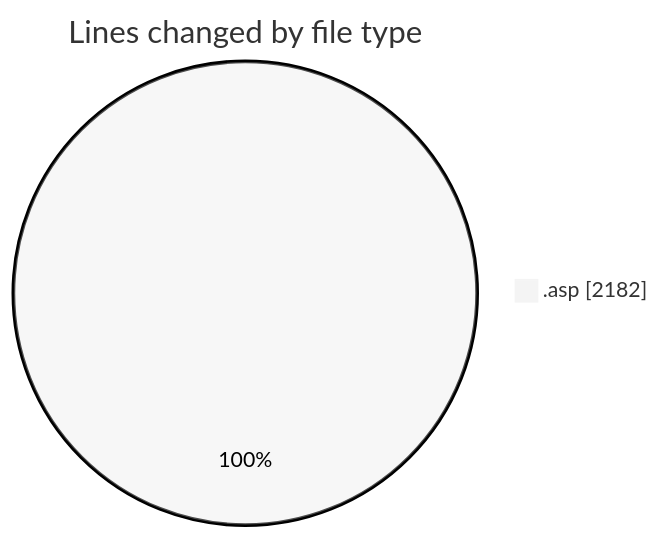
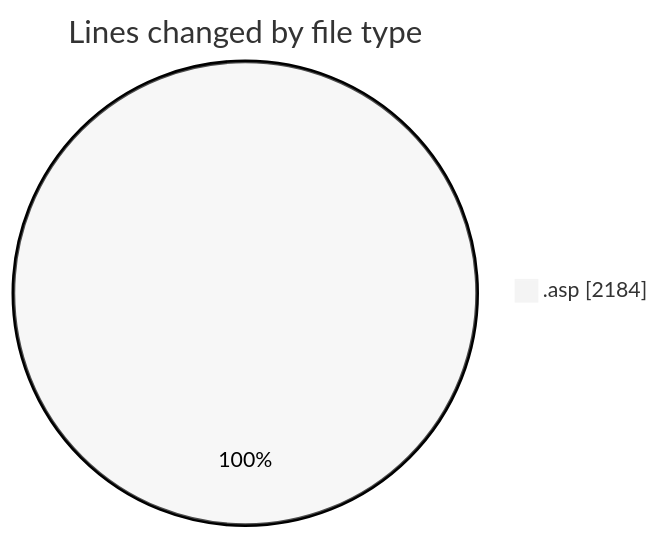
Before and after one commit to julien-gomy/code-tracking: the first of 2 diagrams in 2025-10-31/cdp_aleoudev_fr__workspace_/README.md, drawn with Mermaid (neutral theme). The commit also changed other lines of this file and 1 other file, not shown here.

````diff
--- a/2025-10-31/cdp_aleoudev_fr__workspace_/README.md
+++ b/2025-10-31/cdp_aleoudev_fr__workspace_/README.md
@@ -21,5 +21,5 @@
 ```mermaid
 pie showData
 title Lines changed by file type
-".asp" : 2182
+".asp" : 2184
 ```
````
